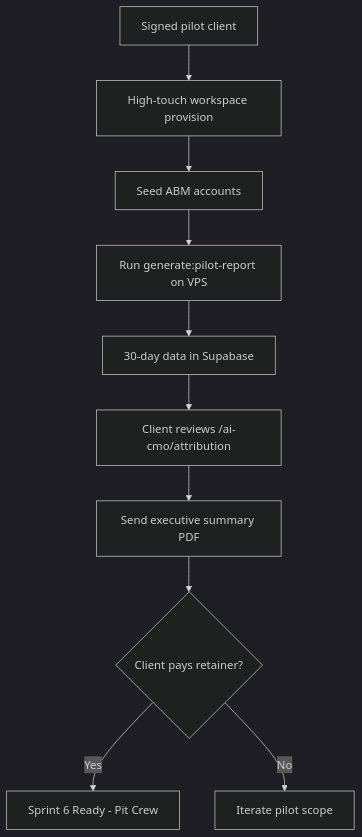
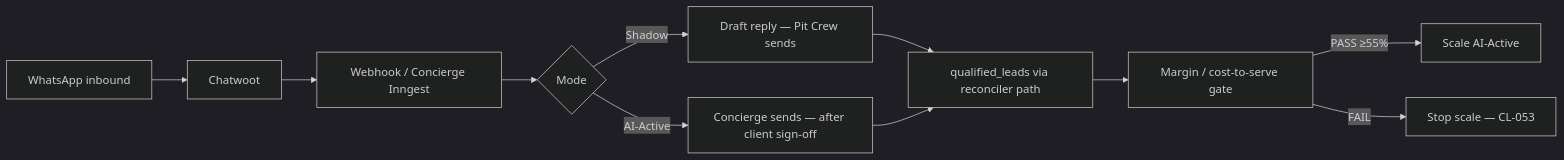
Before and after one commit to waleedhewalla78-sudo/NEXUS: the third of 4 diagrams in nexus-social-app/docs/NEXUS-PRD.md, drawn with Mermaid (dark theme). The commit also changed other lines of this file and 3 other files, not shown here.

````diff
--- a/nexus-social-app/docs/NEXUS-PRD.md
+++ b/nexus-social-app/docs/NEXUS-PRD.md
@@ -304,12 +376,13 @@
 ```mermaid
-flowchart TD
-    A[Signed pilot client] --> B[High-touch workspace provision]
-    B --> C[Seed ABM accounts]
-    C --> D[Run generate:pilot-report on VPS]
-    D --> E[30-day data in Supabase]
-    E --> F[Client reviews /ai-cmo/attribution]
-    F --> G[Send executive summary PDF]
-    G --> H{Client pays retainer?}
-    H -->|Yes| I[Sprint 6 Ready - Pit Crew]
-    H -->|No| J[Iterate pilot scope]
+flowchart LR
+    WA[WhatsApp inbound] --> CW[Chatwoot]
+    CW --> WH[Webhook / Concierge Inngest]
+    WH --> SM{Mode}
+    SM -->|Shadow| DR[Draft reply — Pit Crew sends]
+    SM -->|AI-Active| AI[Concierge sends — after client sign-off]
+    DR --> QL[qualified_leads via reconciler path]
+    AI --> QL
+    QL --> MG[Margin / cost-to-serve gate]
+    MG -->|PASS ≥55%| SC[Scale AI-Active]
+    MG -->|FAIL| ST[Stop scale — CL-053]
 ```
````
